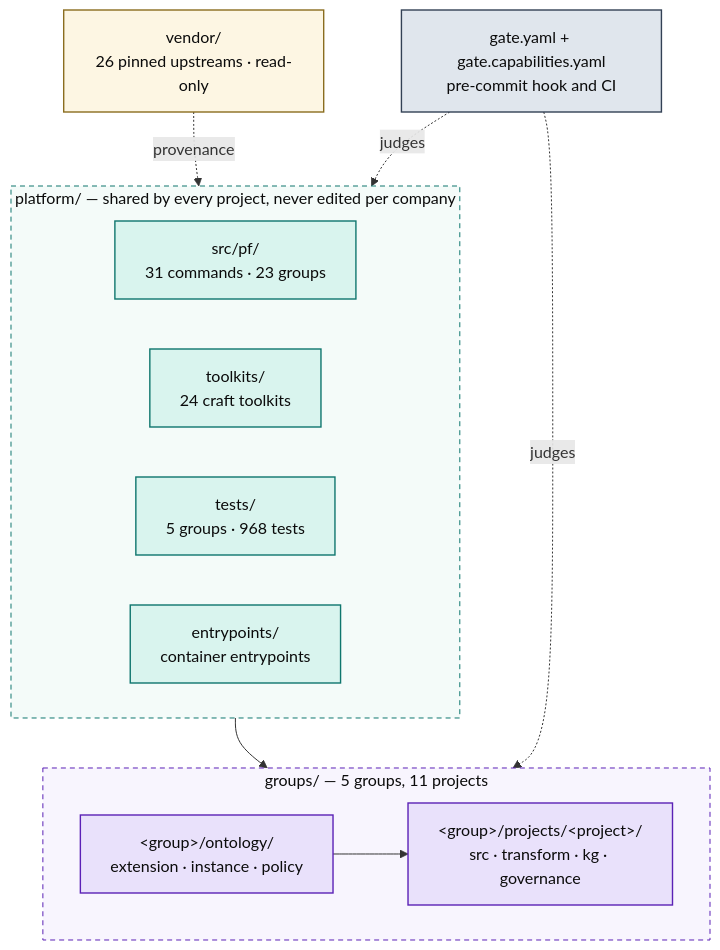
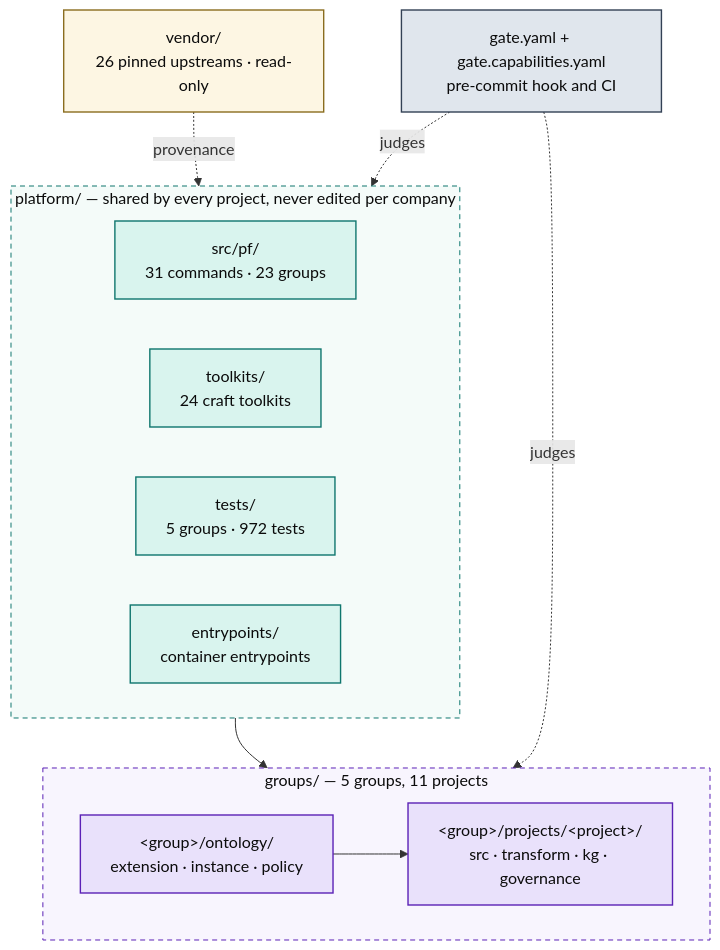
One commit to Atomz-org/data-platform changed the first of 5 diagrams in docs/ARCHITECTURE.md. Above: the diagram before and after it, drawn with Mermaid. The commit also changed other lines of this file and 2 other files, not shown here.

Commit message:
Refresh the indexes for the ontology-design toolkit
`pf context refresh` and `pf arch build`: the repo map counts toolkits and
skills, the test index counts what the suite holds, and both grew by one.

````diff
--- a/docs/ARCHITECTURE.md
+++ b/docs/ARCHITECTURE.md
@@ -15,36 +15,36 @@
 ```mermaid
 flowchart TB
   subgraph SHARED["platform/ — shared by every project, never edited per company"]
     direction LR
     ENG["src/pf/<br/>31 commands · 23 groups"]
     TK["toolkits/<br/>24 craft toolkits"]
-    TST["tests/<br/>5 groups · 968 tests"]
+    TST["tests/<br/>5 groups · 972 tests"]
     ENT["entrypoints/<br/>container entrypoints"]
   end
 
   subgraph ENTITIES["groups/ — 5 groups, 11 projects"]
     direction LR
     GRP["&lt;group&gt;/ontology/<br/>extension · instance · policy"]
     PRJ["&lt;group&gt;/projects/&lt;project&gt;/<br/>src · transform · kg · governance"]
     GRP --> PRJ
   end
 
   VEN["vendor/<br/>26 pinned upstreams · read-only"]
   GATE["gate.yaml + gate.capabilities.yaml<br/>pre-commit hook and CI"]
 
   SHARED --> ENTITIES
   VEN -.provenance.-> SHARED
   GATE -.judges.-> ENTITIES
   GATE -.judges.-> SHARED
 
   classDef code fill:#d9f4ee,stroke:#0f766e,stroke-width:1.4px,color:#0b0b0b
   classDef data fill:#e9e1fb,stroke:#5b21b6,stroke-width:1.4px,color:#0b0b0b
   classDef gov fill:#e0e6ed,stroke:#334155,stroke-width:1.4px,color:#0b0b0b
   classDef ext fill:#fdf6e3,stroke:#8a6d1f,stroke-width:1.4px,color:#0b0b0b
   class ENG,TK,TST,ENT code
   class GRP,PRJ data
   class GATE gov
   class VEN ext
   style SHARED fill:#f4fbf9,stroke:#0f766e,stroke-dasharray:5 4,color:#0b0b0b
   style ENTITIES fill:#f8f5fe,stroke:#5b21b6,stroke-dasharray:5 4,color:#0b0b0b
 ```
````
